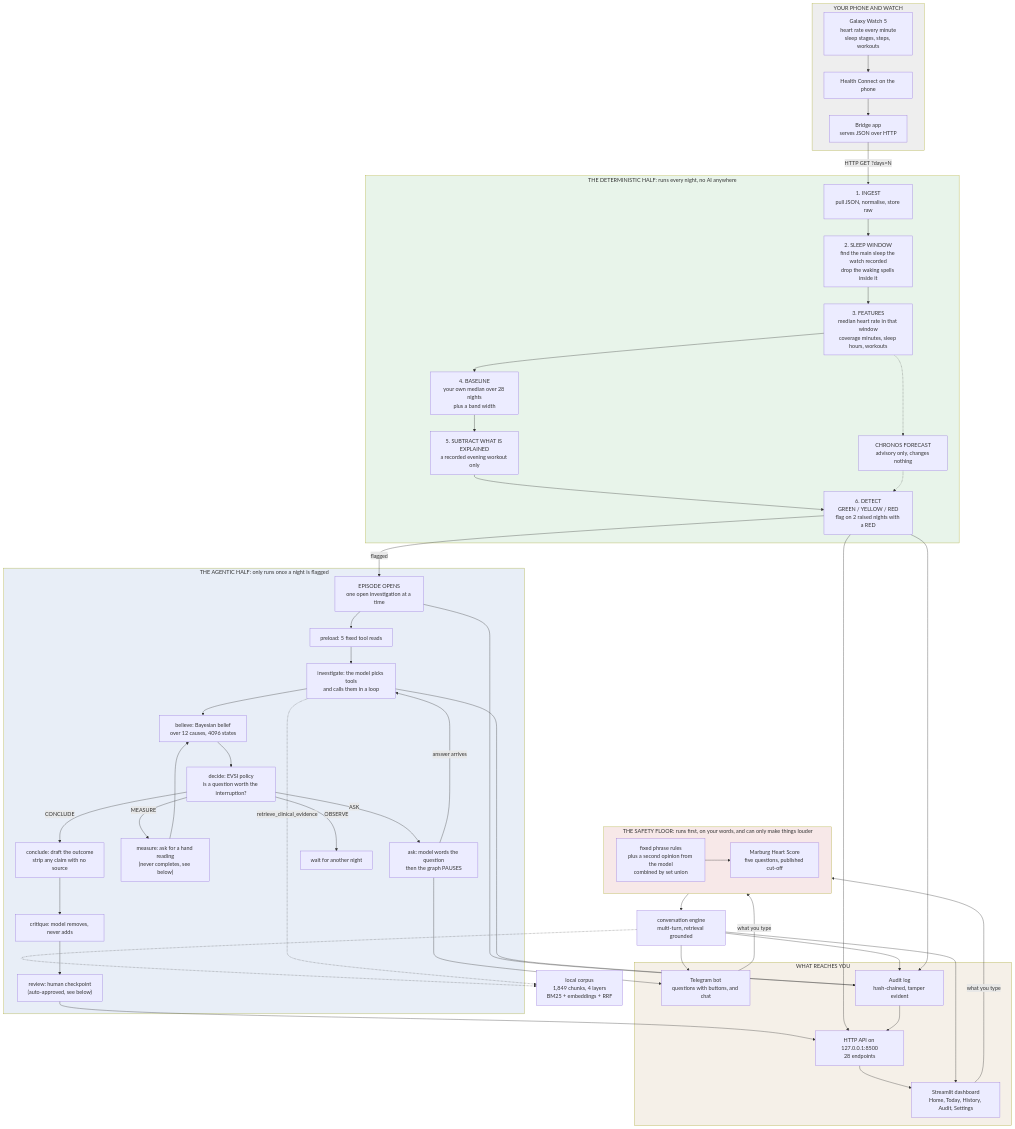
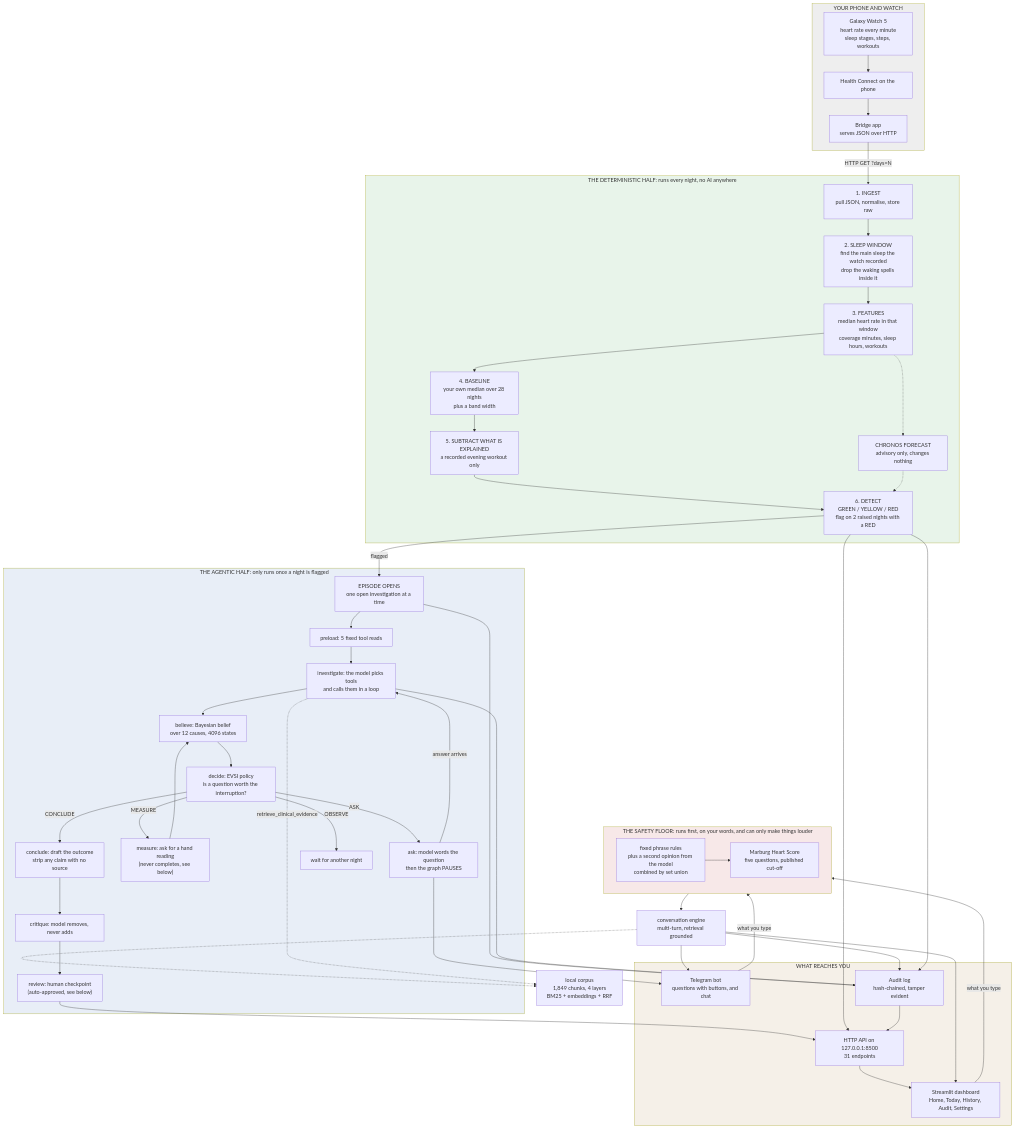
The first of 11 diagrams in docs/ARCHITECTURE.md (NatBrian/wearable-health-agent), drawn with Mermaid before and after one commit. The commit also changed other lines of this file and 6 other files, not shown here.

````diff
--- a/docs/ARCHITECTURE.md
+++ b/docs/ARCHITECTURE.md
@@ -31,80 +31,80 @@
 ```mermaid
 flowchart TB
     subgraph PHONE["YOUR PHONE AND WATCH"]
         W["Galaxy Watch 5<br/>heart rate every minute<br/>sleep stages, steps, workouts"]
         HC["Health Connect on the phone"]
         BR["Bridge app<br/>serves JSON over HTTP"]
         W --> HC --> BR
     end
 
     subgraph DET["THE DETERMINISTIC HALF: runs every night, no AI anywhere"]
         ING["1. INGEST<br/>pull JSON, normalise, store raw"]
         WIN["2. SLEEP WINDOW<br/>find the main sleep the watch recorded<br/>drop the waking spells inside it"]
         FEA["3. FEATURES<br/>median heart rate in that window<br/>coverage minutes, sleep hours, workouts"]
         BASE["4. BASELINE<br/>your own median over 28 nights<br/>plus a band width"]
         EXPL["5. SUBTRACT WHAT IS EXPLAINED<br/>a recorded evening workout only"]
         DETECT["6. DETECT<br/>GREEN / YELLOW / RED<br/>flag on 2 raised nights with a RED"]
         FC["CHRONOS FORECAST<br/>advisory only, changes nothing"]
         ING --> WIN --> FEA --> BASE --> EXPL --> DETECT
         FEA -.-> FC -.-> DETECT
     end
 
     subgraph AG["THE AGENTIC HALF: only runs once a night is flagged"]
         EP["EPISODE OPENS<br/>one open investigation at a time"]
         PRE["preload: 5 fixed tool reads"]
         INV["investigate: the model picks tools<br/>and calls them in a loop"]
         BEL["believe: Bayesian belief<br/>over 12 causes, 4096 states"]
         DEC["decide: EVSI policy<br/>is a question worth the interruption?"]
         ASK["ask: model words the question<br/>then the graph PAUSES"]
         MEAS["measure: ask for a hand reading<br/>(never completes, see below)"]
         CON["conclude: draft the outcome<br/>strip any claim with no source"]
         CRI["critique: model removes, never adds"]
         REV["review: human checkpoint<br/>(auto-approved, see below)"]
         EP --> PRE --> INV --> BEL --> DEC
         DEC -->|ASK| ASK
         DEC -->|MEASURE| MEAS
         DEC -->|OBSERVE| WAIT["wait for another night"]
         DEC -->|CONCLUDE| CON
         ASK -->|answer arrives| INV
         MEAS --> BEL
         CON --> CRI --> REV
     end
 
     subgraph SAFE["THE SAFETY FLOOR: runs first, on your words, and can only make things louder"]
         FLOOR["fixed phrase rules<br/>plus a second opinion from the model<br/>combined by set union"]
         TRI["Marburg Heart Score<br/>five questions, published cut-off"]
         FLOOR --> TRI
     end
 
     subgraph OUT["WHAT REACHES YOU"]
-        API["HTTP API on 127.0.0.1:8500<br/>28 endpoints"]
+        API["HTTP API on 127.0.0.1:8500<br/>31 endpoints"]
         DASH["Streamlit dashboard<br/>Home, Today, History, Audit, Settings"]
         TG["Telegram bot<br/>questions with buttons, and chat"]
         AUD["Audit log<br/>hash-chained, tamper evident"]
     end
 
     BR -->|"HTTP GET ?days=N"| ING
     DETECT -->|"flagged"| EP
     ASK --> TG
     REV --> API
     DETECT --> API
     API --> DASH
     TG -->|"what you type"| SAFE
     DASH -->|"what you type"| SAFE
     SAFE --> CONV["conversation engine<br/>multi-turn, retrieval grounded"]
     CONV --> TG
     CONV --> DASH
     INV -.->|"retrieve_clinical_evidence"| RAG["local corpus<br/>1,849 chunks, 4 layers<br/>BM25 + embeddings + RRF"]
     CONV -.-> RAG
     EP --> AUD
     INV --> AUD
     CONV --> AUD
     DETECT --> AUD
     AUD --> API
 
     style DET fill:#e8f4ea
     style AG fill:#e8eef7
     style SAFE fill:#f7e8e8
     style OUT fill:#f5f0e8
     style PHONE fill:#eeeeee
 ```
````
